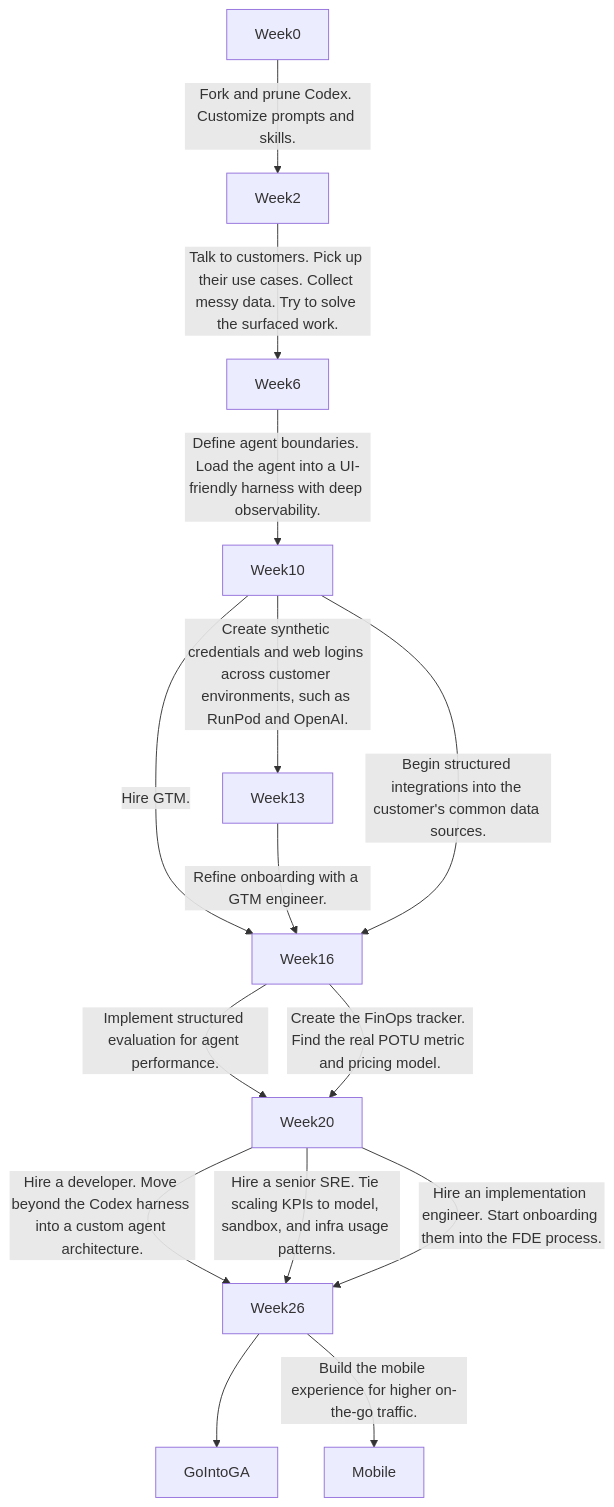
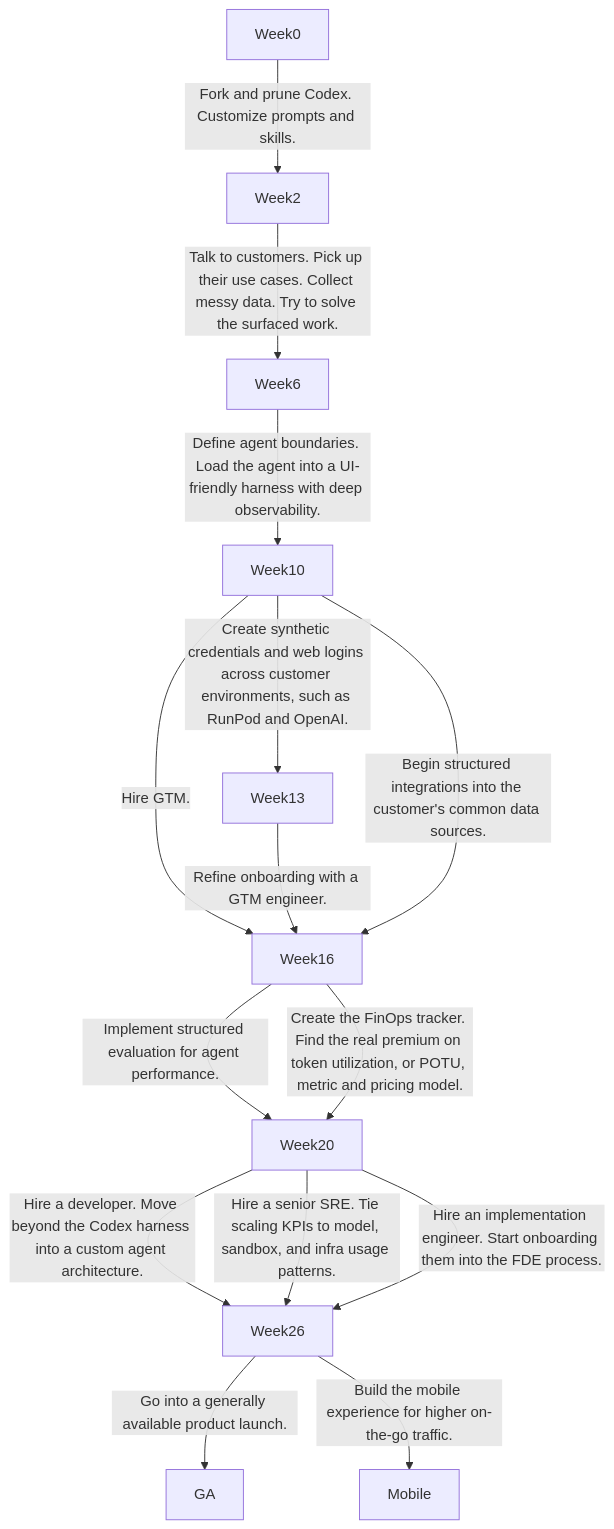
Before and after one commit to never2average/never2average: the diagram in themes/vibe-coding/company/flowchart.md, drawn with Mermaid. The commit also changed 2 other files, not shown here.

Commit message:
Clarify Relay playbook metrics

````diff
--- a/themes/vibe-coding/company/flowchart.md
+++ b/themes/vibe-coding/company/flowchart.md
@@ -3,17 +3,17 @@
 ```mermaid
 flowchart TD
   Week0 --> |Fork and prune Codex. Customize prompts and skills.| Week2
   Week2 --> |Talk to customers. Pick up their use cases. Collect messy data. Try to solve the surfaced work.| Week6
   Week6 --> |Define agent boundaries. Load the agent into a UI-friendly harness with deep observability.| Week10
   Week10 --> |Hire GTM.| Week16
   Week10 --> |Create synthetic credentials and web logins across customer environments, such as RunPod and OpenAI.| Week13
   Week13 --> |Refine onboarding with a GTM engineer.| Week16
   Week10 --> |Begin structured integrations into the customer's common data sources.| Week16
   Week16 --> |Implement structured evaluation for agent performance.| Week20
-  Week16 --> |Create the FinOps tracker. Find the real POTU metric and pricing model.| Week20
+  Week16 --> |Create the FinOps tracker. Find the real premium on token utilization, or POTU, metric and pricing model.| Week20
   Week20 --> |Hire a developer. Move beyond the Codex harness into a custom agent architecture.| Week26
   Week20 --> |Hire a senior SRE. Tie scaling KPIs to model, sandbox, and infra usage patterns.| Week26
   Week20 --> |Hire an implementation engineer. Start onboarding them into the FDE process.| Week26
-  Week26 --> GoIntoGA
+  Week26 --> |Go into a generally available product launch.| GA
   Week26 --> |Build the mobile experience for higher on-the-go traffic.| Mobile
 ```
````
